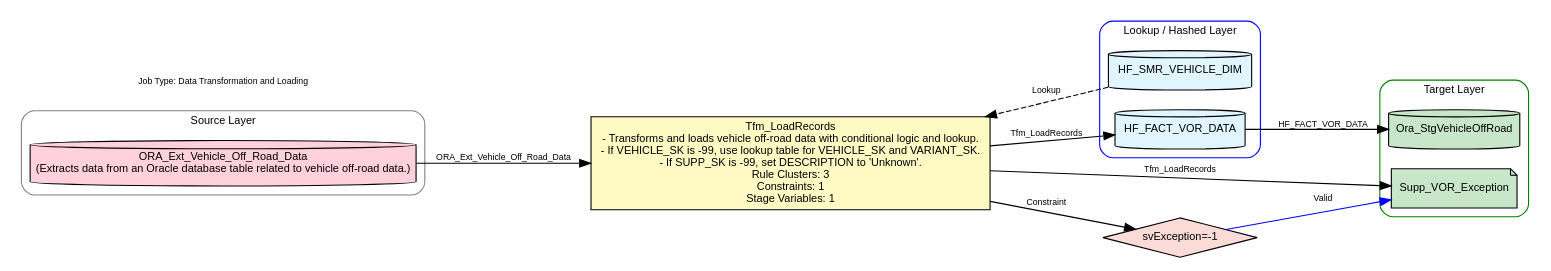
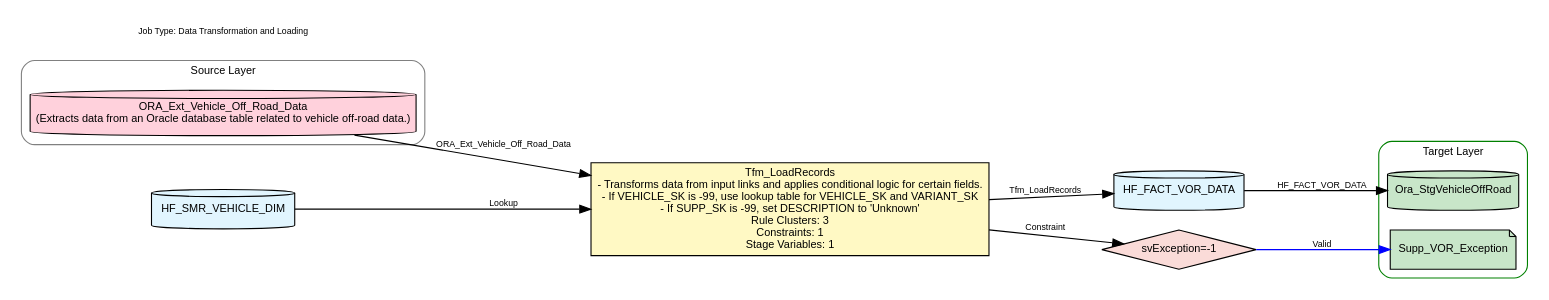
Before and after one commit to sr606/DataModeller: the diagram in Sample_Job1_1_2_detailed_pseudocode_detailed.dot, drawn with Graphviz. The commit also changed 3 other files, not shown here.

```diff
--- a/Sample_Job1_1_2_detailed_pseudocode_detailed.dot
+++ b/Sample_Job1_1_2_detailed_pseudocode_detailed.dot
@@ -1,52 +1,47 @@
 digraph Sample_Job1_1_2_detailed_pseudocode_detailed {
 rankdir=LR;
 fontsize=10;
 fontname="Arial";
 node [fontname="Arial", fontsize=10, style=filled];
 edge [fontname="Arial", fontsize=8];
 
 subgraph cluster_source {
 label="Source Layer";
 style=rounded;
 color=grey;
 ORA_Ext_Vehicle_Off_Road_Data [label="ORA_Ext_Vehicle_Off_Road_Data\n(Extracts data from an Oracle database table related to vehicle off-road data.)", shape=cylinder, fillcolor="#FFD1DC"];
 }
 
-subgraph cluster_lookup {
-label="Lookup / Hashed Layer";
-style=rounded;
-color=blue;
+// Lookup / Hashed Nodes
 HF_FACT_VOR_DATA [label="HF_FACT_VOR_DATA", shape=cylinder, fillcolor="#E1F5FE"];
 HF_SMR_VEHICLE_DIM [label="HF_SMR_VEHICLE_DIM", shape=cylinder, fillcolor="#E1F5FE"];
-}
 subgraph cluster_lookup_near_1 {
 rank=same;
 style=invis;
 HF_SMR_VEHICLE_DIM;
 Tfm_LoadRecords;
 }
 
 subgraph cluster_processing {
 label="Transformation Layer";
 style=rounded;
 color=black;
-Tfm_LoadRecords [label="Tfm_LoadRecords\n- Transforms and loads vehicle off-road data with conditional logic and lookup.\n- If VEHICLE_SK is -99, use lookup table for VEHICLE_SK and VARIANT_SK.\n- If SUPP_SK is -99, set DESCRIPTION to 'Unknown'.\nRule Clusters: 3\nConstraints: 1\nStage Variables: 1", shape=box, fillcolor="#FFF9C4"];
+Tfm_LoadRecords [label="Tfm_LoadRecords\n- Transforms data from input links and applies conditional logic for certain fields.\n- If VEHICLE_SK is -99, use lookup table for VEHICLE_SK and VARIANT_SK\n- If SUPP_SK is -99, set DESCRIPTION to 'Unknown'\nRule Clusters: 3\nConstraints: 1\nStage Variables: 1", shape=box, fillcolor="#FFF9C4"];
 }
 
 subgraph cluster_target {
 label="Target Layer";
 style=rounded;
 color=green;
 Ora_StgVehicleOffRoad [label="Ora_StgVehicleOffRoad", shape=cylinder, fillcolor="#C8E6C9"];
 Supp_VOR_Exception [label="Supp_VOR_Exception", shape=note, fillcolor="#C8E6C9"];
 }
 HF_FACT_VOR_DATA -> Ora_StgVehicleOffRoad [label="HF_FACT_VOR_DATA"];
 Tfm_LoadRecords -> HF_FACT_VOR_DATA [label="Tfm_LoadRecords"];
 ORA_Ext_Vehicle_Off_Road_Data -> Tfm_LoadRecords [label="ORA_Ext_Vehicle_Off_Road_Data"];
-HF_SMR_VEHICLE_DIM -> Tfm_LoadRecords [label="Lookup", style=dashed];
-Tfm_LoadRecords -> Supp_VOR_Exception [label="Tfm_LoadRecords"];
+HF_SMR_VEHICLE_DIM -> Tfm_LoadRecords [label="Lookup"];
 Tfm_LoadRecords_decision_1 [shape=diamond, label="svException=-1", fillcolor="#FADBD8"];
 Tfm_LoadRecords -> Tfm_LoadRecords_decision_1 [label="Constraint"];
 Tfm_LoadRecords_decision_1 -> Supp_VOR_Exception [label="Valid", color=blue];
 Note1 [shape=plaintext, label="Job Type: Data Transformation and Loading", fontsize=8, fillcolor="white"];
 }
```
